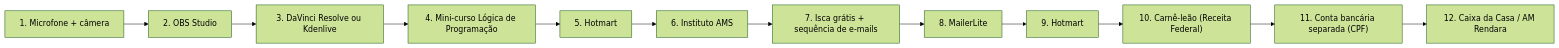
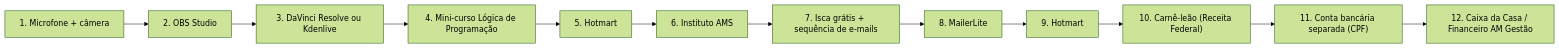
The first of 22 diagrams in docs/fluxos.md (AlanMateus17/dev-setup), drawn with Mermaid (forest theme) before and after one commit. The commit also changed other lines of this file and 78 other files, not shown here.

````diff
--- a/docs/fluxos.md
+++ b/docs/fluxos.md
@@ -12,26 +12,26 @@
 ```mermaid
 flowchart LR
   s0["1. Microfone + câmera"]
   s1["2. OBS Studio"]
   s2["3. DaVinci Resolve ou Kdenlive"]
   s3["4. Mini-curso Lógica de Programação"]
   s4["5. Hotmart"]
   s5["6. Instituto AMS"]
   s6["7. Isca grátis + sequência de e-mails"]
   s7["8. MailerLite"]
   s8["9. Hotmart"]
   s9["10. Carnê-leão (Receita Federal)"]
   s10["11. Conta bancária separada (CPF)"]
-  s11["12. Caixa da Casa / AM Rendara"]
+  s11["12. Caixa da Casa / Financeiro AM Gestão"]
   s0 --> s1
   s1 --> s2
   s2 --> s3
   s3 --> s4
   s4 --> s5
   s5 --> s6
   s6 --> s7
   s7 --> s8
   s8 --> s9
   s9 --> s10
   s10 --> s11
 ```
````
